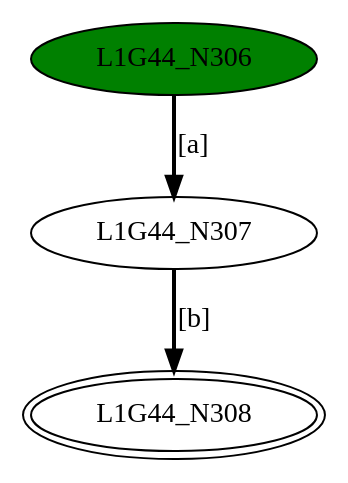
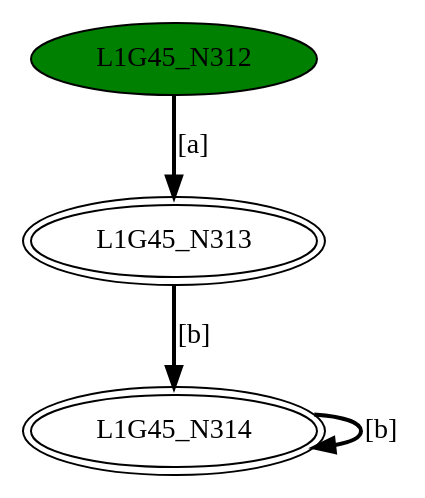
The diagram in DFASimulator/Testbench/mergeDFA1.dot (GDimitroulakos/EDUFLEX), drawn with Graphviz before and after one commit. The commit also changed 56 other files, not shown here.

Commit message:
Thompson Reporting graphs have been enchanced with closure color indication

```diff
--- a/DFASimulator/Testbench/mergeDFA1.dot
+++ b/DFASimulator/Testbench/mergeDFA1.dot
@@ -1,7 +1,8 @@
-digraph G44{
-"L1G44_N306" [style=filled,fillcolor=green];
-"L1G44_N307";
-"L1G44_N308" [peripheries=2];
-"L1G44_N306"->"L1G44_N307" [style = bold, label = "[a]"];
-"L1G44_N307"->"L1G44_N308" [style = bold, label = "[b]"];
+digraph G45{
+"L1G45_N312" [style=filled,fillcolor=green];
+"L1G45_N313" [peripheries=2];
+"L1G45_N314" [peripheries=2];
+"L1G45_N312"->"L1G45_N313" [style = bold, label = "[a]"];
+"L1G45_N313"->"L1G45_N314" [style = bold, label = "[b]"];
+"L1G45_N314"->"L1G45_N314" [style = bold, label = "[b]"];
 }
```
